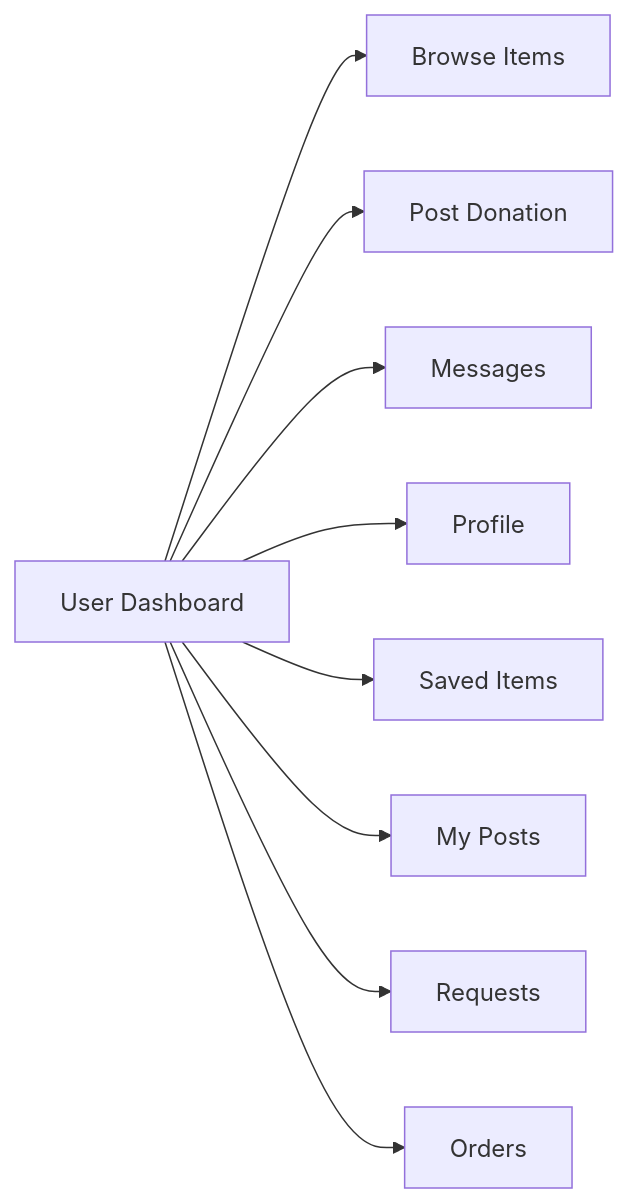
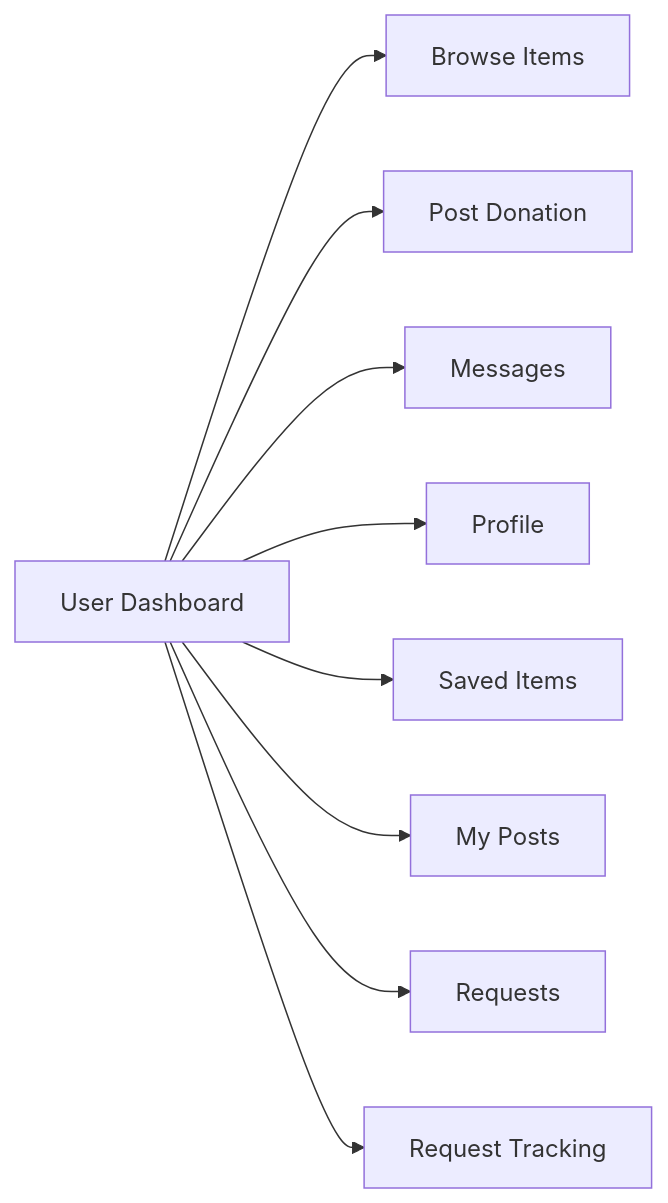
One commit to CapstoneDesign-Spring2026-UlsanCollege/Free_Sewaa changed the second of 7 diagrams in docs/USER_FLOW.md. Above: the diagram before and after it, drawn with Mermaid. The commit also changed 67 other files, not shown here.

````diff
--- a/docs/USER_FLOW.md
+++ b/docs/USER_FLOW.md
@@ -24,11 +24,11 @@
 ```mermaid
 flowchart LR
     Dashboard[User Dashboard] --> Browse[Browse Items]
     Dashboard --> Donate[Post Donation]
     Dashboard --> Messages[Messages]
     Dashboard --> Profile[Profile]
     Dashboard --> Saved[Saved Items]
     Dashboard --> Posts[My Posts]
     Dashboard --> Requests[Requests]
-    Dashboard --> Orders[Orders]
+    Dashboard --> RequestTracking[Request Tracking]
 ```
````
